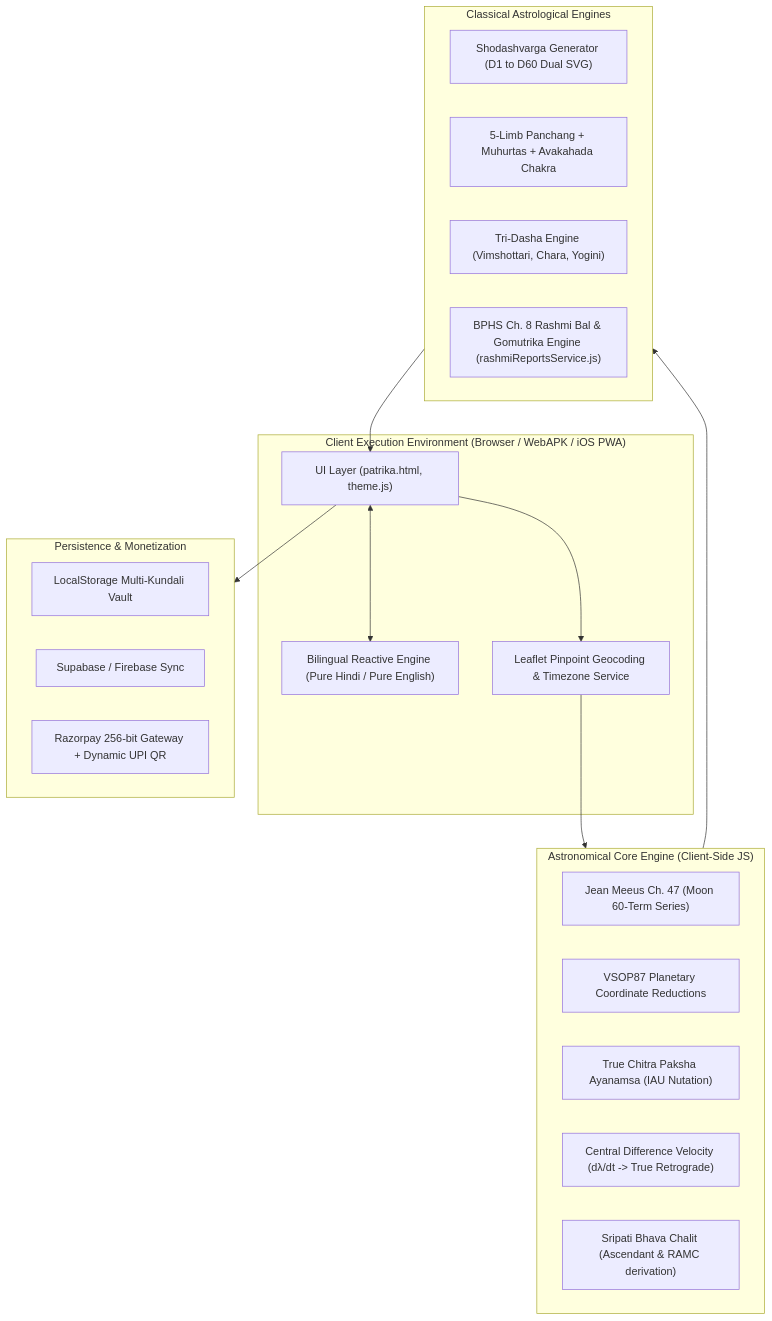
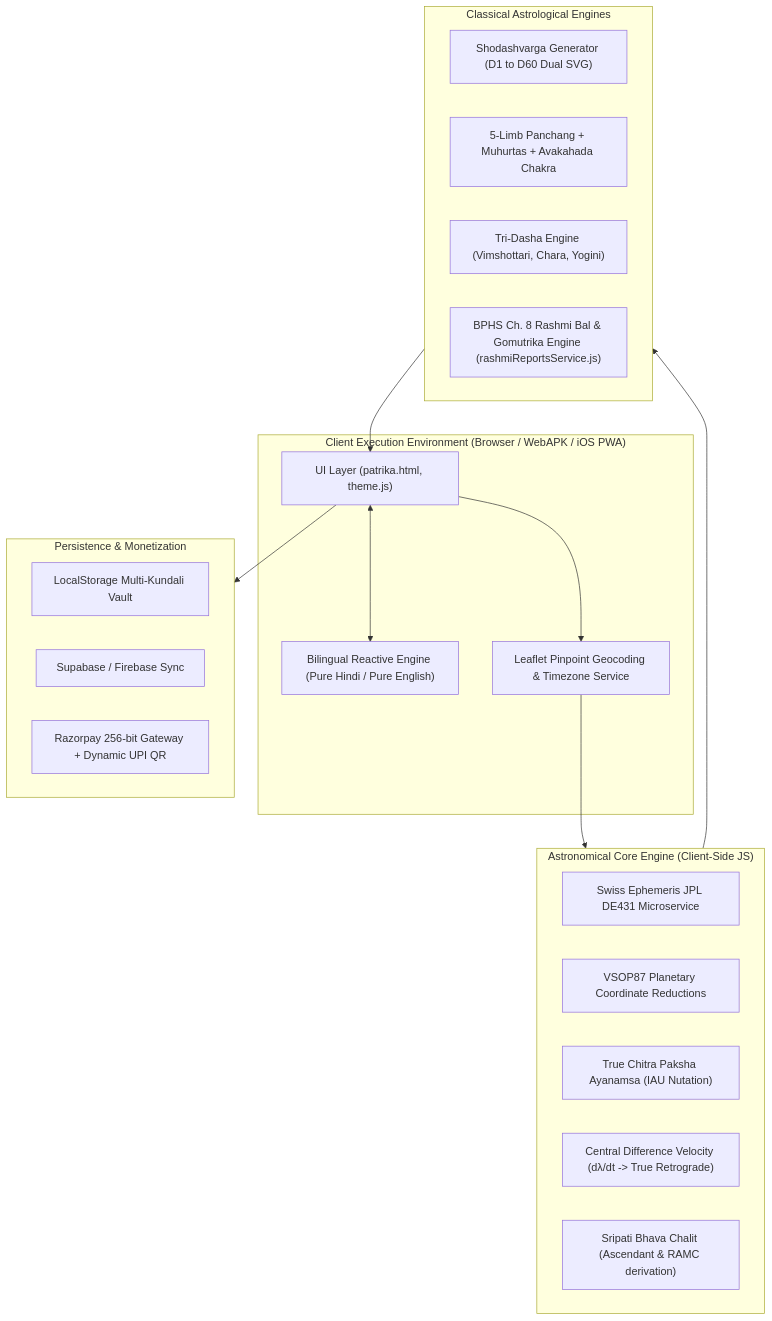
The diagram in DOCUMENTATION.md (shri-ws/sra), drawn with Mermaid before and after one commit. The commit also changed other lines of this file and 31 other files, not shown here.

First line of the commit message:
feat(astronomy): complete canonical migration to server-side Swiss Ephemeris JPL DE431 across entire SRA platform

````diff
--- a/DOCUMENTATION.md
+++ b/DOCUMENTATION.md
@@ -32,35 +32,35 @@
 ```mermaid
 flowchart TD
     subgraph ClientLayer ["Client Execution Environment (Browser / WebAPK / iOS PWA)"]
         UI["UI Layer (patrika.html, theme.js)"]
         I18N["Bilingual Reactive Engine (Pure Hindi / Pure English)"]
         GeoMap["Leaflet Pinpoint Geocoding & Timezone Service"]
     end
 
     subgraph AstroCore ["Astronomical Core Engine (Client-Side JS)"]
-        Meeus["Jean Meeus Ch. 47 (Moon 60-Term Series)"]
+        Swiss["Swiss Ephemeris JPL DE431 Microservice"]
         VSOP["VSOP87 Planetary Coordinate Reductions"]
         Lahiri["True Chitra Paksha Ayanamsa (IAU Nutation)"]
         CentralDiff["Central Difference Velocity (dλ/dt -> True Retrograde)"]
         Sripati["Sripati Bhava Chalit (Ascendant & RAMC derivation)"]
     end
 
     subgraph AnalyticalEngines ["Classical Astrological Engines"]
         VargaEngine["Shodashvarga Generator (D1 to D60 Dual SVG)"]
         PanchangEngine["5-Limb Panchang + Muhurtas + Avakahada Chakra"]
         DashaEngine["Tri-Dasha Engine (Vimshottari, Chara, Yogini)"]
         RashmiEngine["BPHS Ch. 8 Rashmi Bal & Gomutrika Engine (rashmiReportsService.js)"]
     end
 
     subgraph StoragePayments ["Persistence & Monetization"]
         LocalStore["LocalStorage Multi-Kundali Vault"]
         CloudStore["Supabase / Firebase Sync"]
         Rzp["Razorpay 256-bit Gateway + Dynamic UPI QR"]
     end
 
     UI --> GeoMap --> AstroCore
     AstroCore --> AnalyticalEngines
     AnalyticalEngines --> UI
     UI <--> I18N
     UI --> StoragePayments
 ```
````
